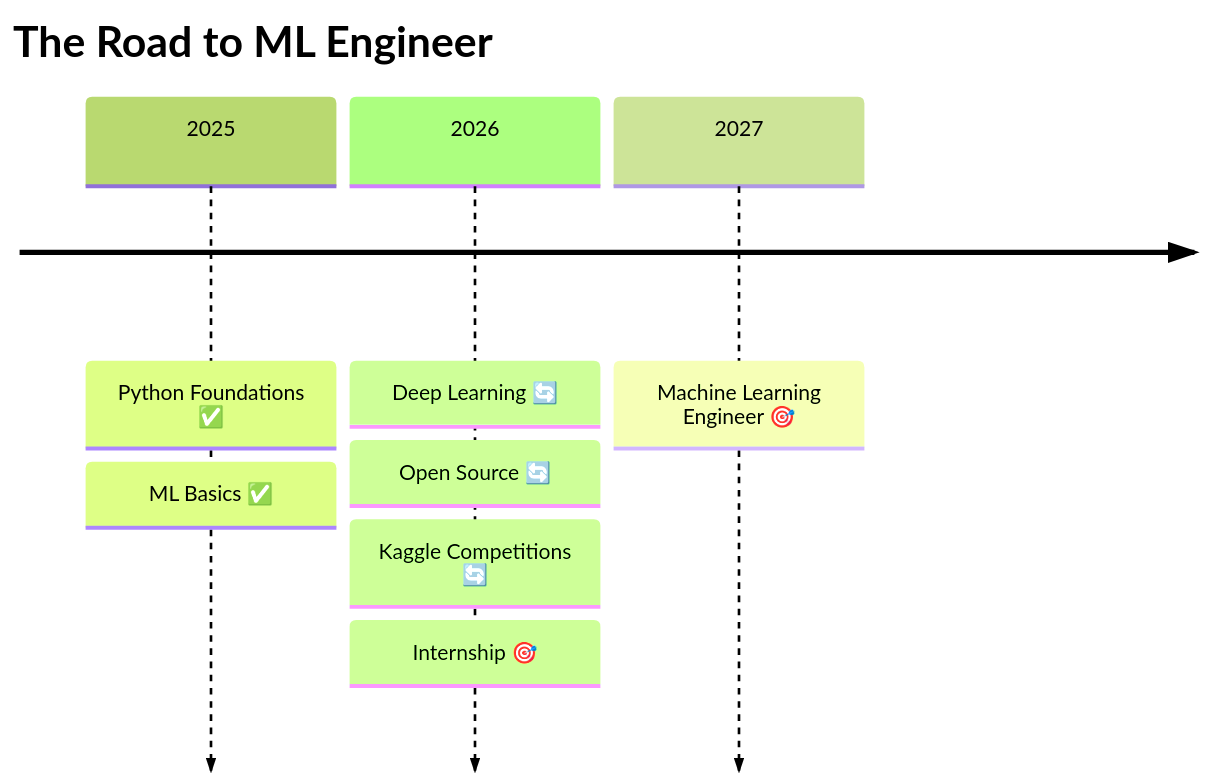
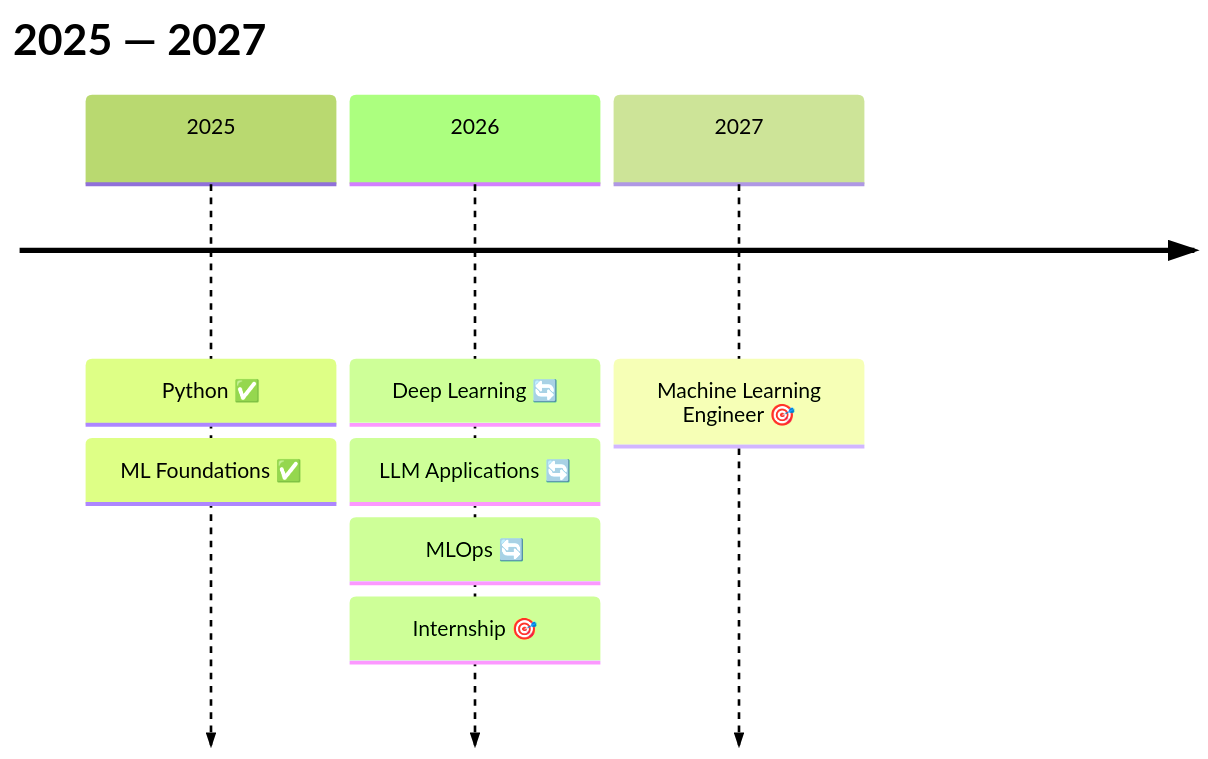
The diagram in README.md (Aarthirt14/Aarthirt14), drawn with Mermaid (forest theme) before and after one commit. The commit also changed other lines of this file, not shown here.

````diff
--- a/README.md
+++ b/README.md
@@ -203,11 +275,11 @@
 ```mermaid
 timeline
-    title The Road to ML Engineer
-    2025 : Python Foundations ✅
-         : ML Basics ✅
+    title 2025 — 2027
+    2025 : Python ✅
+         : ML Foundations ✅
     2026 : Deep Learning 🔄
-         : Open Source 🔄
-         : Kaggle Competitions 🔄
+         : LLM Applications 🔄
+         : MLOps 🔄
          : Internship 🎯
     2027 : Machine Learning Engineer 🎯
 ```
````
